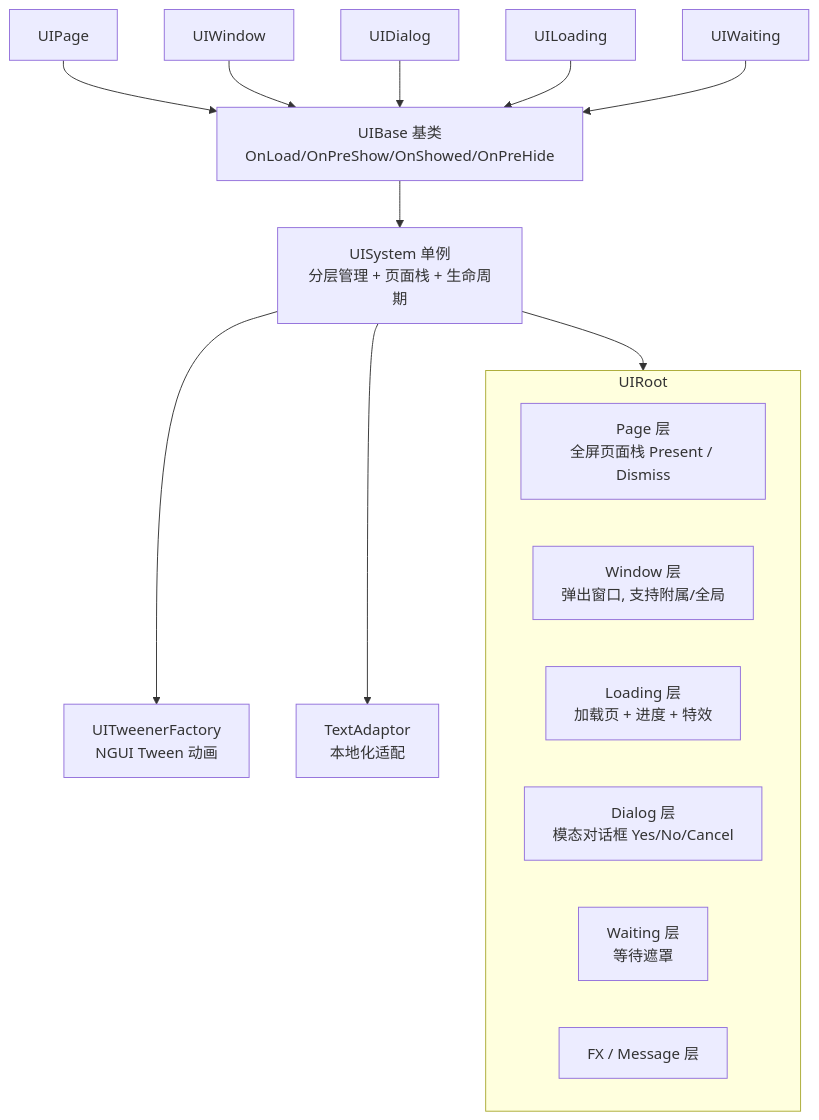
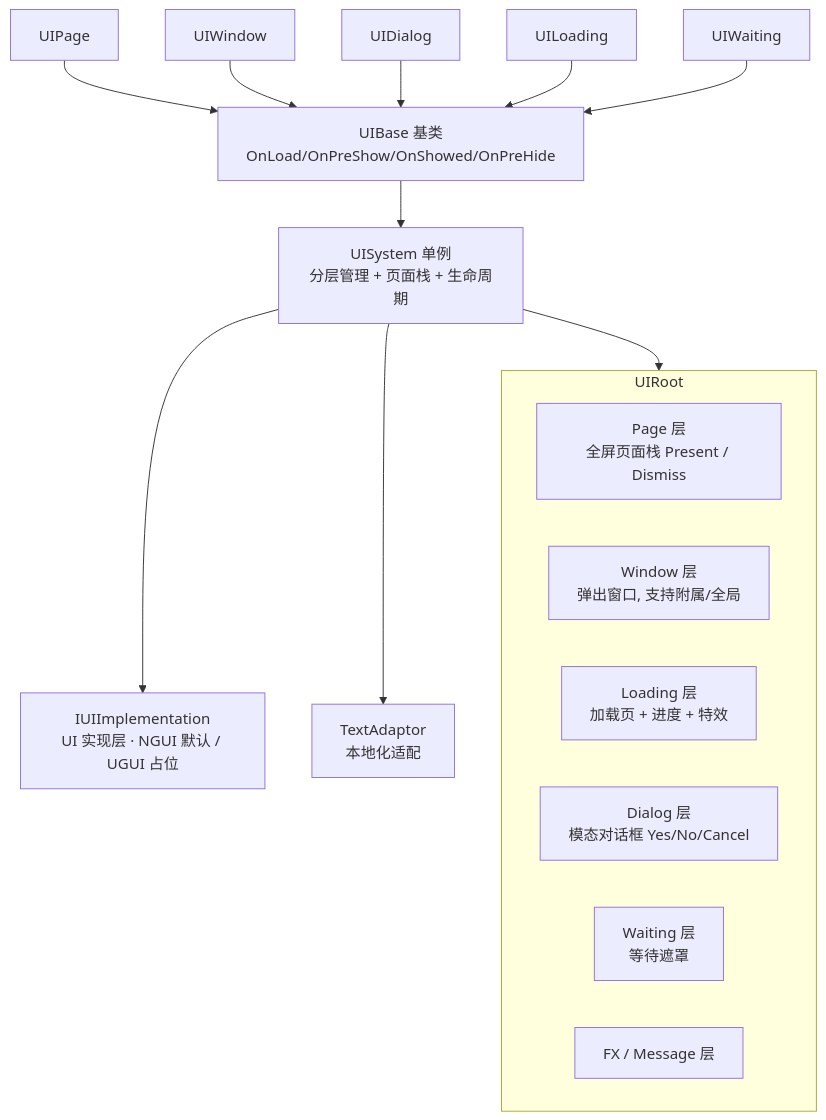
One commit to gonglei007/GGFramework-GGUI changed the first of 2 diagrams in README.md. Above: the diagram before and after it, drawn with Mermaid. The commit also changed other lines of this file, not shown here.

First line of the commit message:
docs(readme): 新增 UI 接口层 UML 类图并修正过时的 UITweenerFactory 节点

````diff
--- a/README.md
+++ b/README.md
@@ -18,16 +18,16 @@
 ```mermaid
 flowchart TB
     subgraph UIRoot
         L1[Page 层<br/>全屏页面栈 Present / Dismiss]
         L2[Window 层<br/>弹出窗口, 支持附属/全局]
         L3[Loading 层<br/>加载页 + 进度 + 特效]
         L4[Dialog 层<br/>模态对话框 Yes/No/Cancel]
         L5[Waiting 层<br/>等待遮罩]
         L6[FX / Message 层]
     end
     UISystem[UISystem 单例<br/>分层管理 + 页面栈 + 生命周期] --> UIRoot
-    UISystem --> Anim[UITweenerFactory<br/>NGUI Tween 动画]
+    UISystem --> Impl[IUIImplementation<br/>UI 实现层 · NGUI 默认 / UGUI 占位]
     UISystem --> Text[TextAdaptor<br/>本地化适配]
     UIBase[UIBase 基类<br/>OnLoad/OnPreShow/OnShowed/OnPreHide] --> UISystem
     UIPage & UIWindow & UIDialog & UILoading & UIWaiting --> UIBase
 ```
````
